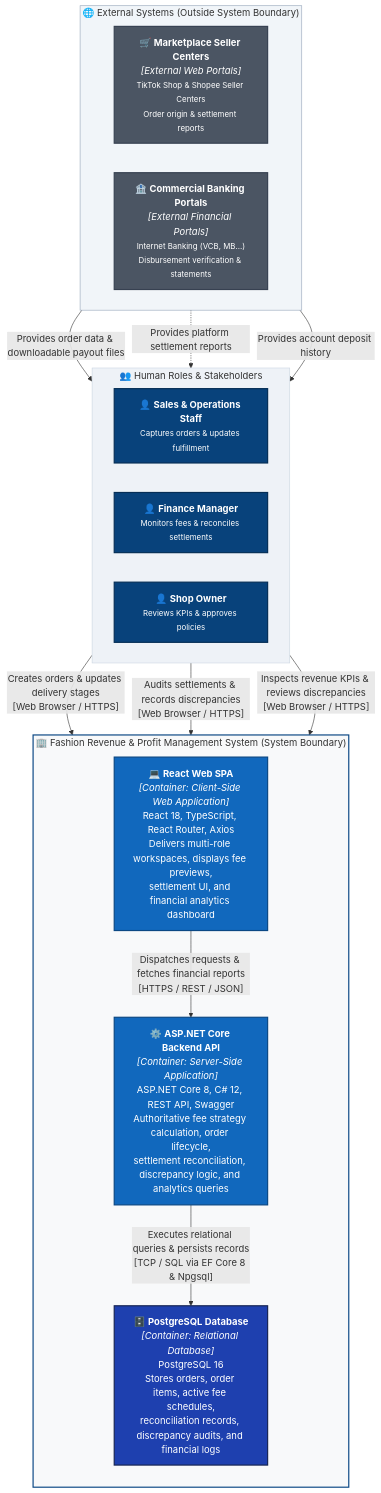
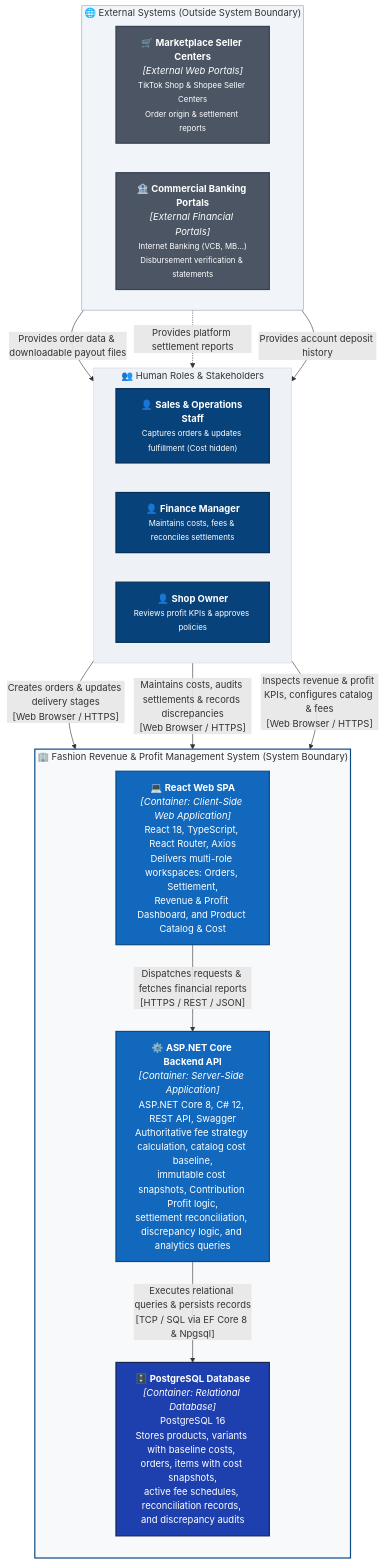
One commit to duchoa0405/Quanly_DoanhThu_LoiNhuan_DangDucHoa_VSF changed the diagram in docs/architecture/c4-container_en.md. Above: the diagram before and after it, drawn with Mermaid. The commit also changed other lines of this file and 3 other files, not shown here.

Commit message:
docs: align C4 architecture with catalog and profit capabilities

````diff
--- a/docs/architecture/c4-container_en.md
+++ b/docs/architecture/c4-container_en.md
@@ -55,57 +50,57 @@
 ```mermaid
 flowchart TB
     %% Human Actors (from P01 Context)
     subgraph Actors [" 👥 Human Roles & Stakeholders "]
         direction LR
-        sales["👤 <b>Sales & Operations Staff</b><br/><small>Captures orders & updates fulfillment</small>"]
-        fin["👤 <b>Finance Manager</b><br/><small>Monitors fees & reconciles settlements</small>"]
-        owner["👤 <b>Shop Owner</b><br/><small>Reviews KPIs & approves policies</small>"]
+        sales["👤 <b>Sales & Operations Staff</b><br/><small>Captures orders & updates fulfillment (Cost hidden)</small>"]
+        fin["👤 <b>Finance Manager</b><br/><small>Maintains costs, fees & reconciles settlements</small>"]
+        owner["👤 <b>Shop Owner</b><br/><small>Reviews profit KPIs & approves policies</small>"]
     end
 
     %% External Operational Systems (from P01 Context)
     subgraph ExternalSystems [" 🌐 External Systems (Outside System Boundary) "]
         direction LR
         mktPlace["🛒 <b>Marketplace Seller Centers</b><br/><i>[External Web Portals]</i><br/><small>TikTok Shop & Shopee Seller Centers<br/>Order origin & settlement reports</small>"]
         bankPortal["🏦 <b>Commercial Banking Portals</b><br/><i>[External Financial Portals]</i><br/><small>Internet Banking (VCB, MB...)<br/>Disbursement verification & statements</small>"]
     end
 
     %% System Boundary containing the 3 Core Containers
     subgraph SystemBoundary [" 🏢 Fashion Revenue & Profit Management System (System Boundary) "]
         direction TB
 
-        spa["💻 <b>React Web SPA</b><br/><i>[Container: Client-Side Web Application]</i><br/>React 18, TypeScript, React Router, Axios<br/>Delivers multi-role workspaces, displays fee previews,<br/>settlement UI, and financial analytics dashboard"]
+        spa["💻 <b>React Web SPA</b><br/><i>[Container: Client-Side Web Application]</i><br/>React 18, TypeScript, React Router, Axios<br/>Delivers multi-role workspaces: Orders, Settlement,<br/>Revenue & Profit Dashboard, and Product Catalog & Cost"]
 
-        api["⚙️ <b>ASP.NET Core Backend API</b><br/><i>[Container: Server-Side Application]</i><br/>ASP.NET Core 8, C# 12, REST API, Swagger<br/>Authoritative fee strategy calculation, order lifecycle,<br/>settlement reconciliation, discrepancy logic, and analytics queries"]
+        api["⚙️ <b>ASP.NET Core Backend API</b><br/><i>[Container: Server-Side Application]</i><br/>ASP.NET Core 8, C# 12, REST API, Swagger<br/>Authoritative fee strategy calculation, catalog cost baseline,<br/>immutable cost snapshots, Contribution Profit logic,<br/>settlement reconciliation, discrepancy logic, and analytics queries"]
 
-        db["🗄️ <b>PostgreSQL Database</b><br/><i>[Container: Relational Database]</i><br/>PostgreSQL 16<br/>Stores orders, order items, active fee schedules,<br/>reconciliation records, discrepancy audits, and financial logs"]
+        db["🗄️ <b>PostgreSQL Database</b><br/><i>[Container: Relational Database]</i><br/>PostgreSQL 16<br/>Stores products, variants with baseline costs, orders, items with cost snapshots,<br/>active fee schedules, reconciliation records, and discrepancy audits"]
     end
 
     %% Human Interactions with SPA
     sales -->|"Creates orders & updates delivery stages<br/>[Web Browser / HTTPS]"| spa
-    fin -->|"Audits settlements & records discrepancies<br/>[Web Browser / HTTPS]"| spa
-    owner -->|"Inspects revenue KPIs & reviews discrepancies<br/>[Web Browser / HTTPS]"| spa
+    fin -->|"Maintains costs, audits settlements & records discrepancies<br/>[Web Browser / HTTPS]"| spa
+    owner -->|"Inspects revenue & profit KPIs, configures catalog & fees<br/>[Web Browser / HTTPS]"| spa
 
     %% External System interactions via Human Roles (Manual MVP Workflow)
     mktPlace -->|"Provides order data & downloadable payout files"| sales
     mktPlace -.->|"Provides platform settlement reports"| fin
     bankPortal -->|"Provides account deposit history"| fin
 
     %% Internal Container-to-Container Communications (Architectural Invariant)
     spa -->|"Dispatches requests & fetches financial reports<br/>[HTTPS / REST / JSON]"| api
     api -->|"Executes relational queries & persists records<br/>[TCP / SQL via EF Core 8 & Npgsql]"| db
 
     %% Visual Styling
     classDef personStyle fill:#08427b,stroke:#052e56,color:#ffffff,stroke-width:2px;
     classDef containerStyle fill:#1168bd,stroke:#0b4884,color:#ffffff,stroke-width:2px;
     classDef dbStyle fill:#1e40af,stroke:#172554,color:#ffffff,stroke-width:2px;
     classDef extStyle fill:#4b5563,stroke:#374151,color:#ffffff,stroke-width:2px;
 
     class sales,fin,owner personStyle;
     class spa,api containerStyle;
     class db dbStyle;
     class mktPlace,bankPortal extStyle;
 
     style SystemBoundary fill:#f8f9fa,stroke:#0b4884,stroke-width:2px;
     style Actors fill:#eef2f7,stroke:#cbd5e1,stroke-width:1px;
     style ExternalSystems fill:#f1f5f9,stroke:#94a3b8,stroke-width:1px;
 ```
````
